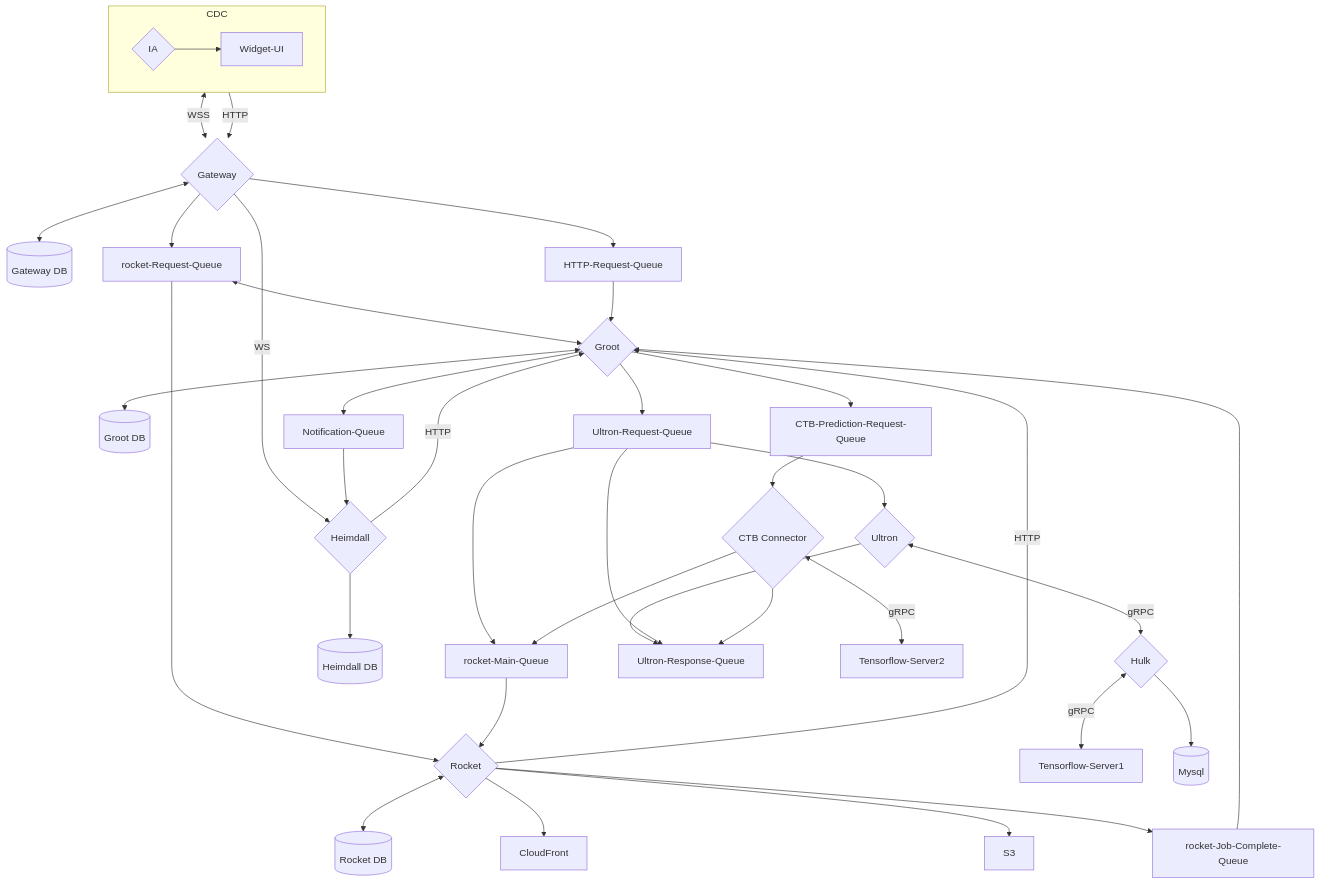
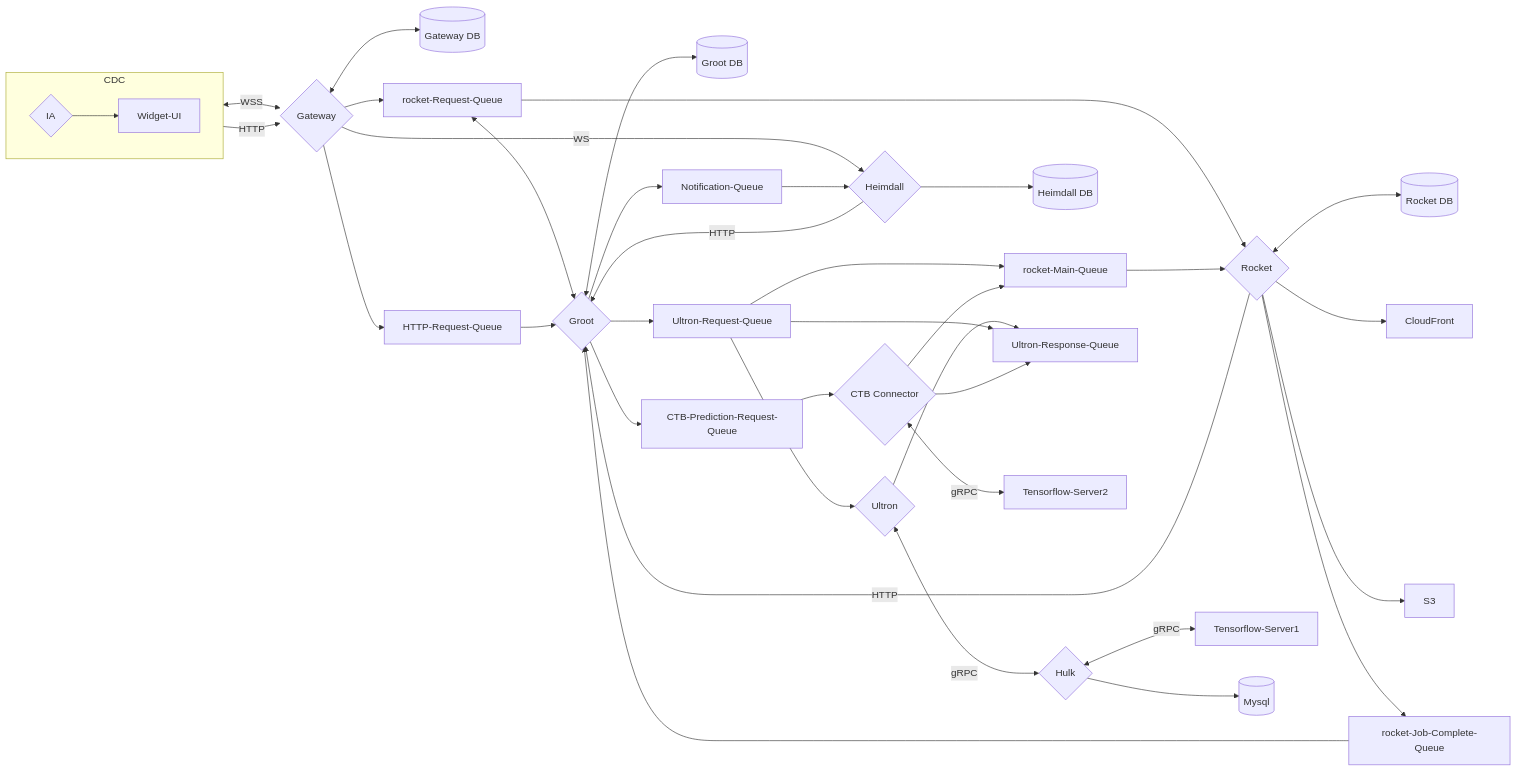
Before and after one commit to LachlanNewman/documentation-automation: the diagram in diagrams/ctb-architecture.mmd, drawn with Mermaid. The commit also changed 9 other files, not shown here.

```diff
--- a/diagrams/ctb-architecture.mmd
+++ b/diagrams/ctb-architecture.mmd
@@ -1,51 +1,55 @@
-flowchart TD
-    gateway{Gateway}
-    groot{Groot}
-    rocket{Rocket}
-    heimdall{Heimdall}
-    ultron{Ultron}
-    hulk{Hulk}
-    ctb-connector{CTB Connector}
-    ia{IA}
-    gateway-db[(Gateway DB)]
-    groot-db[(Groot DB)]
-    rocket-db[(Rocket DB)]
-    heimdall-db[(Heimdall DB)]
-    subgraph CDC
-        direction LR
-        ia -->Widget-UI
-    end
-    ia <-- WSS --> gateway
-    ia -- HTTP --> gateway
-    gateway --> HTTP-Request-Queue
-    gateway --> rocket-Request-Queue
-    gateway <--> gateway-db
-    gateway -- WS --> heimdall
-    rocket-Request-Queue <--> groot
-    HTTP-Request-Queue --> groot
-    rocket-Job-Complete-Queue --> groot
-    groot <--> groot-db
-    groot --> Ultron-Request-Queue
-    groot --> Notification-Queue
-    rocket <--> rocket-db
-    rocket-Request-Queue --> rocket
-    rocket-Main-Queue --> rocket
-    rocket --> CloudFront
-    rocket --> S3
-    rocket --> rocket-Job-Complete-Queue
-    rocket -- HTTP --> groot
-    heimdall --> heimdall-db
-    heimdall -- HTTP --> groot
-    Notification-Queue --> heimdall
-    Ultron-Request-Queue --> rocket-Main-Queue
-    Ultron-Request-Queue --> ultron
-    ultron --> Ultron-Response-Queue
-    Ultron-Request-Queue --> Ultron-Response-Queue
-    groot --> CTB-Prediction-Request-Queue
-    ultron <-- gRPC --> hulk 
-    hulk  <-- gRPC --> Tensorflow-Server1
-    hulk  --> id5[(Mysql)]
-    ctb-connector <-- gRPC --> Tensorflow-Server2
-    ctb-connector --> rocket-Main-Queue
-    CTB-Prediction-Request-Queue --> ctb-connector
-    ctb-connector --> Ultron-Response-Queue
+flowchart LR
+
+gateway{Gateway}
+groot{Groot}
+rocket{Rocket}
+heimdall{Heimdall}
+ultron{Ultron}
+hulk{Hulk}
+ctb-connector{CTB Connector}
+ia{IA}
+
+gateway-db[(Gateway DB)]
+groot-db[(Groot DB)]
+rocket-db[(Rocket DB)]
+heimdall-db[(Heimdall DB)]
+
+subgraph CDC
+  direction LR
+  ia -->Widget-UI
+end
+
+ia <-- WSS --> gateway
+ia -- HTTP --> gateway
+gateway --> HTTP-Request-Queue
+gateway --> rocket-Request-Queue
+gateway <--> gateway-db
+gateway -- WS --> heimdall
+rocket-Request-Queue <--> groot
+HTTP-Request-Queue --> groot
+rocket-Job-Complete-Queue --> groot
+groot <--> groot-db
+groot --> Ultron-Request-Queue
+groot --> Notification-Queue
+rocket <--> rocket-db
+rocket-Request-Queue --> rocket
+rocket-Main-Queue --> rocket
+rocket --> CloudFront
+rocket --> S3
+rocket --> rocket-Job-Complete-Queue
+rocket -- HTTP --> groot
+heimdall --> heimdall-db
+heimdall -- HTTP --> groot
+Notification-Queue --> heimdall
+Ultron-Request-Queue --> rocket-Main-Queue
+Ultron-Request-Queue --> ultron
+ultron --> Ultron-Response-Queue
+Ultron-Request-Queue --> Ultron-Response-Queue
+groot --> CTB-Prediction-Request-Queue
+ultron <-- gRPC --> hulk 
+hulk  <-- gRPC --> Tensorflow-Server1
+hulk  --> id5[(Mysql)]
+ctb-connector <-- gRPC --> Tensorflow-Server2
+ctb-connector --> rocket-Main-Queue
+CTB-Prediction-Request-Queue --> ctb-connector
+ctb-connector --> Ultron-Response-Queue
```
